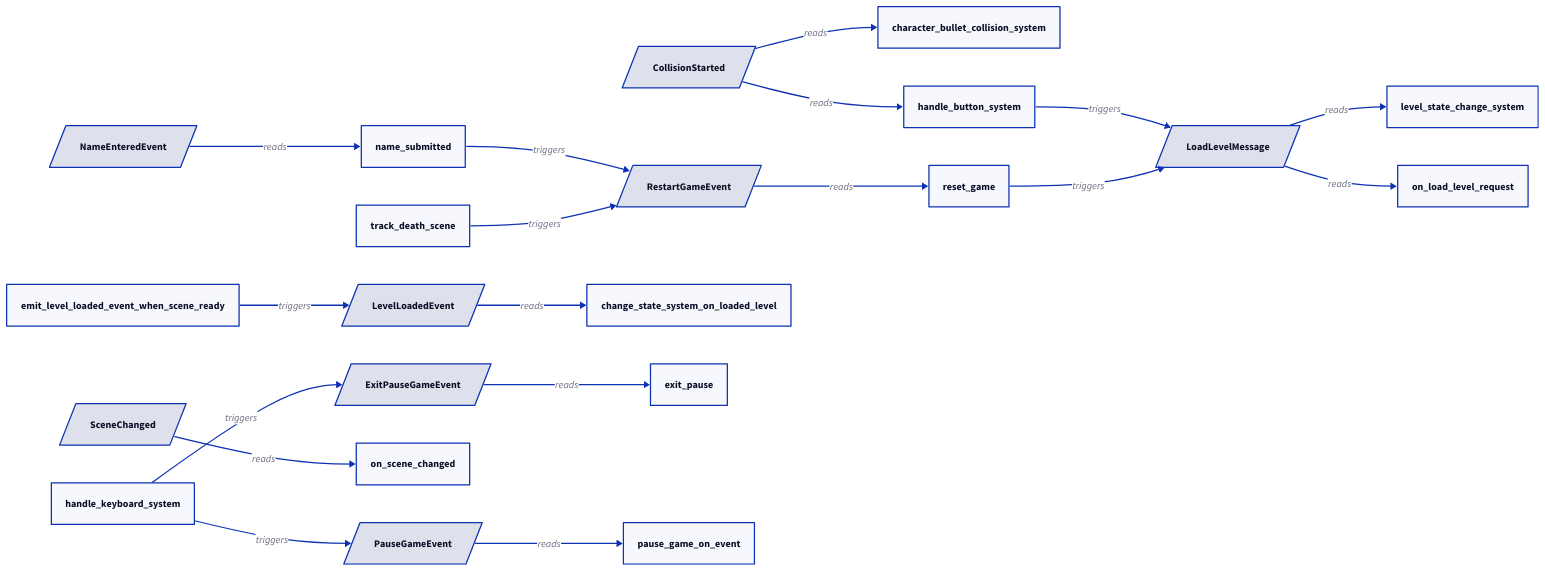
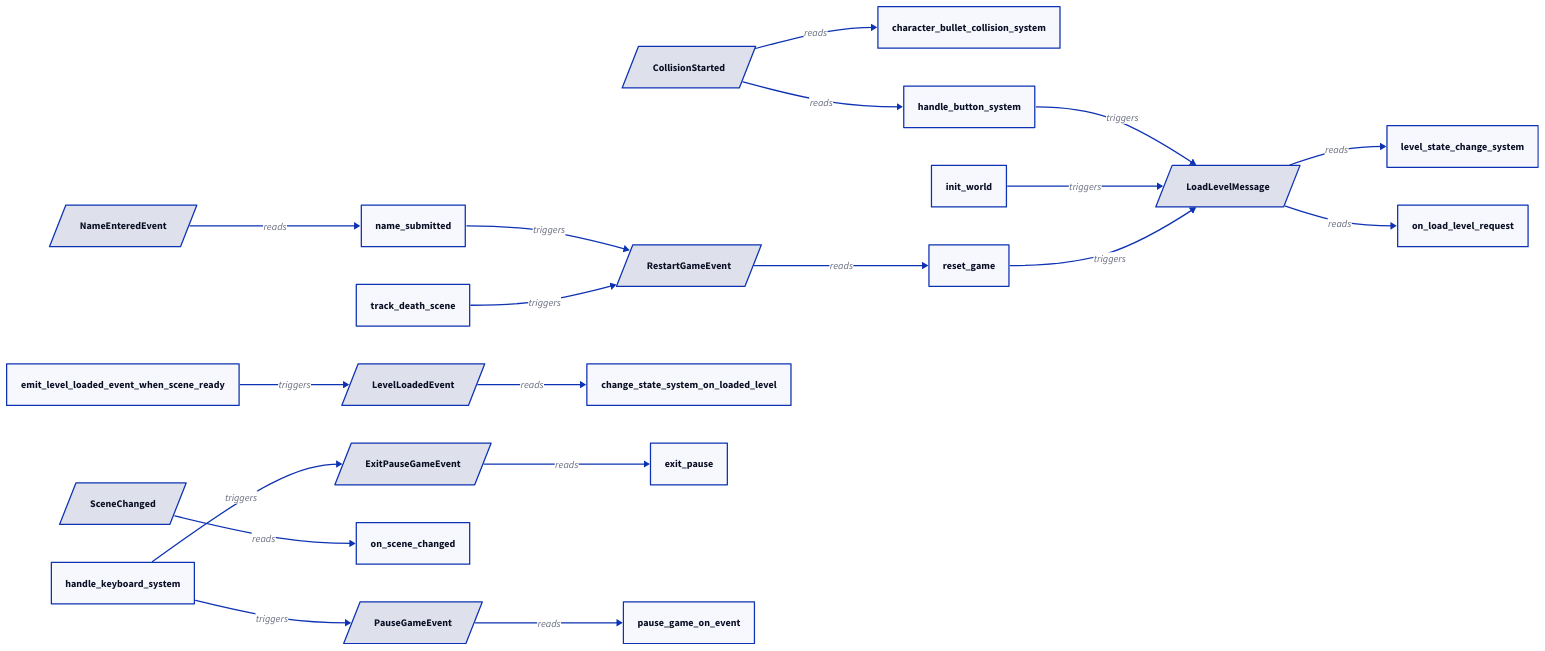
One commit to edizeqiri/BulletsOnWheels changed the diagram in docs/events.d2. Above: the diagram before and after it, drawn with D2. The commit also changed 5 other files, not shown here.

Commit message:
chore: regenerate architecture diagrams

```diff
--- a/docs/events.d2
+++ b/docs/events.d2
@@ -1,42 +1,44 @@
 direction: right
 
 "CollisionStarted": { shape: parallelogram }
 "ExitPauseGameEvent": { shape: parallelogram }
 "LevelLoadedEvent": { shape: parallelogram }
 "LoadLevelMessage": { shape: parallelogram }
 "NameEnteredEvent": { shape: parallelogram }
 "PauseGameEvent": { shape: parallelogram }
 "RestartGameEvent": { shape: parallelogram }
 "SceneChanged": { shape: parallelogram }
 
 "change_state_system_on_loaded_level": { shape: rectangle }
 "character_bullet_collision_system": { shape: rectangle }
 "emit_level_loaded_event_when_scene_ready": { shape: rectangle }
 "exit_pause": { shape: rectangle }
 "handle_button_system": { shape: rectangle }
 "handle_keyboard_system": { shape: rectangle }
+"init_world": { shape: rectangle }
 "level_state_change_system": { shape: rectangle }
 "name_submitted": { shape: rectangle }
 "on_load_level_request": { shape: rectangle }
 "on_scene_changed": { shape: rectangle }
 "pause_game_on_event": { shape: rectangle }
 "reset_game": { shape: rectangle }
 "track_death_scene": { shape: rectangle }
 
 "LevelLoadedEvent" -> "change_state_system_on_loaded_level": reads
 "CollisionStarted" -> "character_bullet_collision_system": reads
 "emit_level_loaded_event_when_scene_ready" -> "LevelLoadedEvent": triggers
 "ExitPauseGameEvent" -> "exit_pause": reads
 "CollisionStarted" -> "handle_button_system": reads
 "handle_button_system" -> "LoadLevelMessage": triggers
 "handle_keyboard_system" -> "ExitPauseGameEvent": triggers
 "handle_keyboard_system" -> "PauseGameEvent": triggers
+"init_world" -> "LoadLevelMessage": triggers
 "LoadLevelMessage" -> "level_state_change_system": reads
 "NameEnteredEvent" -> "name_submitted": reads
 "name_submitted" -> "RestartGameEvent": triggers
 "LoadLevelMessage" -> "on_load_level_request": reads
 "SceneChanged" -> "on_scene_changed": reads
 "PauseGameEvent" -> "pause_game_on_event": reads
 "RestartGameEvent" -> "reset_game": reads
 "reset_game" -> "LoadLevelMessage": triggers
 "track_death_scene" -> "RestartGameEvent": triggers
```
